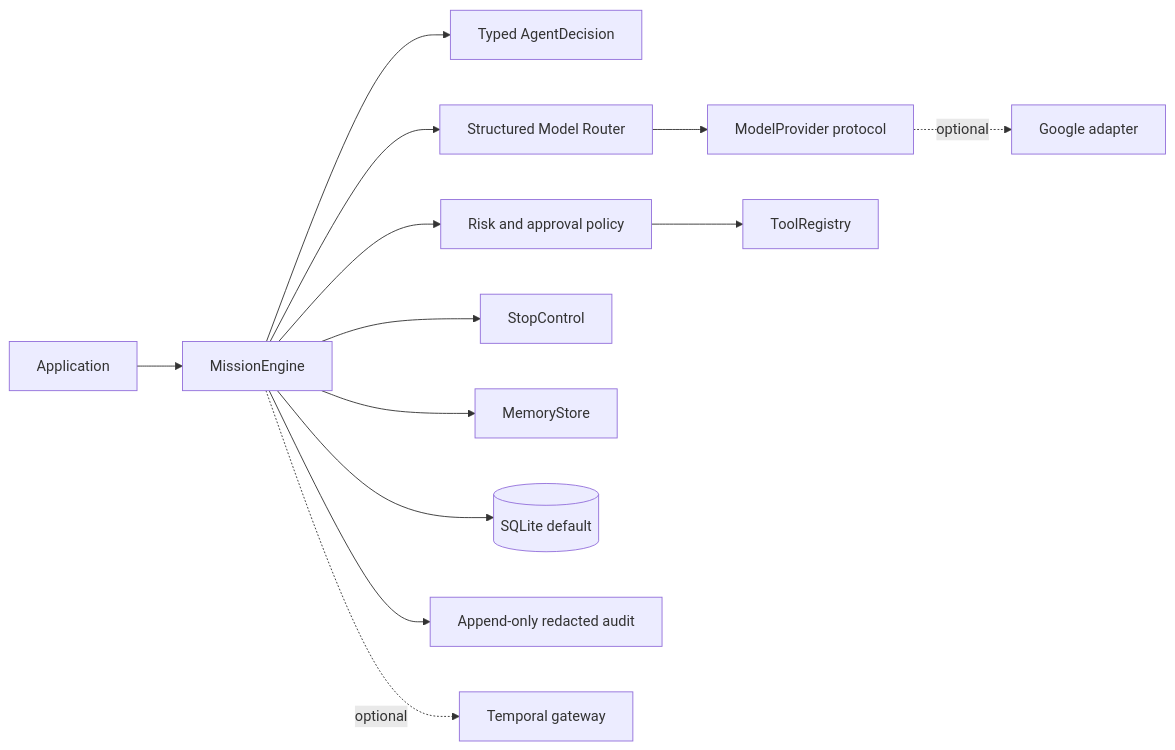
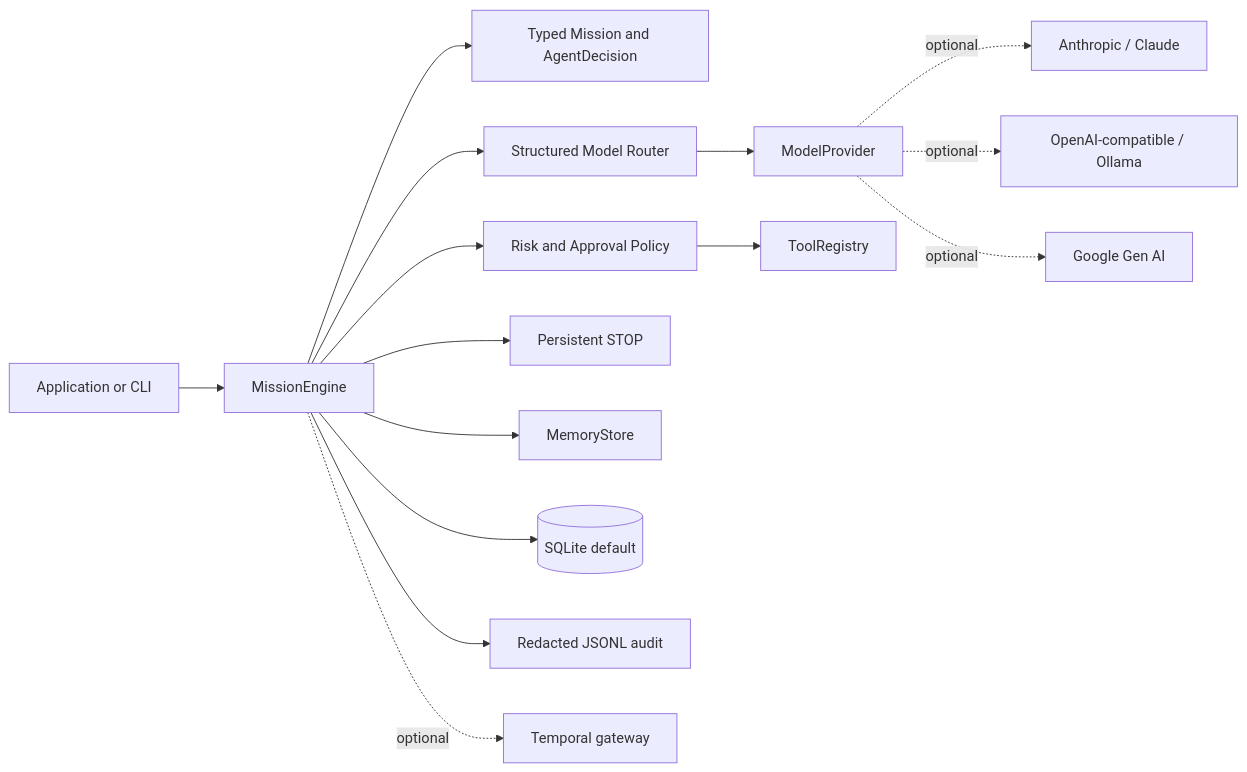
Before and after one commit to Nhaooo/agent-company-core: the diagram in README.md, drawn with Mermaid. The commit also changed other lines of this file and 72 other files, not shown here.

````diff
--- a/README.md
+++ b/README.md
@@ -15,15 +52,17 @@
 ```mermaid
 flowchart LR
-    A[Application] --> E[MissionEngine]
-    E --> D[Typed AgentDecision]
+    A[Application or CLI] --> E[MissionEngine]
+    E --> C[Typed Mission and AgentDecision]
     E --> R[Structured Model Router]
-    R --> P[ModelProvider protocol]
-    E --> G[Risk and approval policy]
+    R --> P[ModelProvider]
+    E --> G[Risk and Approval Policy]
     G --> T[ToolRegistry]
-    E --> S[StopControl]
+    E --> S[Persistent STOP]
     E --> M[MemoryStore]
     E --> DB[(SQLite default)]
-    E --> L[Append-only redacted audit]
-    P -. optional .-> V[Google adapter]
+    E --> L[Redacted JSONL audit]
+    P -. optional .-> AN[Anthropic / Claude]
+    P -. optional .-> OA[OpenAI-compatible / Ollama]
+    P -. optional .-> GO[Google Gen AI]
     E -. optional .-> X[Temporal gateway]
 ```
````
